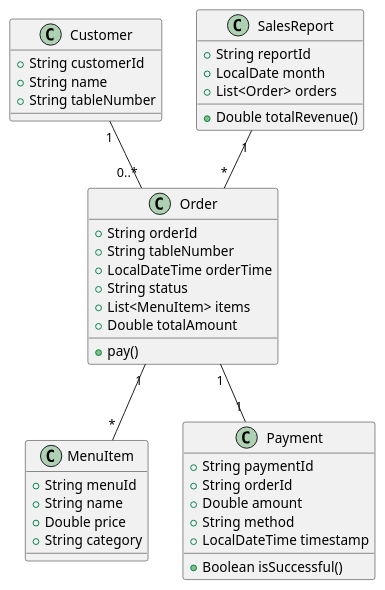
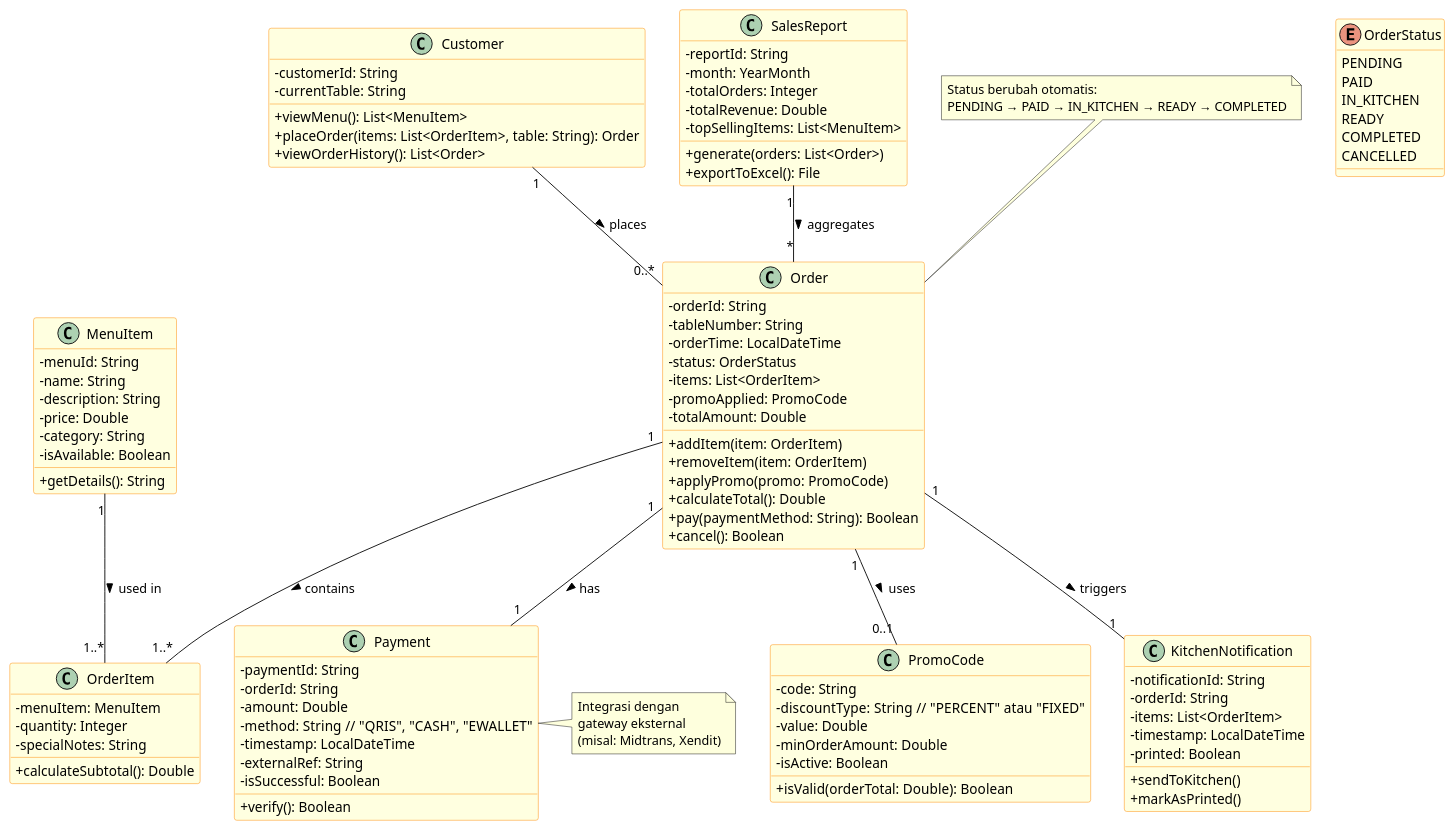
The diagram in classDiagram.puml (NDI05/Kelompok-Ayam-Bali), drawn with PlantUML before and after one commit. The commit also changed 1 other file, not shown here.

```diff
--- a/classDiagram.puml
+++ b/classDiagram.puml
@@ -1,46 +1,119 @@
 @startuml
+' Gaya tampilan
+skinparam classAttributeIconSize 0
+skinparam class {
+  BackgroundColor LightYellow
+  BorderColor DarkOrange
+}
+
 class Customer {
-  +String customerId
-  +String name
-  +String tableNumber
+  - customerId: String
+  - currentTable: String
+  + viewMenu(): List<MenuItem>
+  + placeOrder(items: List<OrderItem>, table: String): Order
+  + viewOrderHistory(): List<Order>
 }
 
 class MenuItem {
-  +String menuId
-  +String name
-  +Double price
-  +String category
+  - menuId: String
+  - name: String
+  - description: String
+  - price: Double
+  - category: String
+  - isAvailable: Boolean
+  + getDetails(): String
+}
+
+class OrderItem {
+  - menuItem: MenuItem
+  - quantity: Integer
+  - specialNotes: String
+  + calculateSubtotal(): Double
 }
 
 class Order {
-  +String orderId
-  +String tableNumber
-  +LocalDateTime orderTime
-  +String status
-  +List<MenuItem> items
-  +Double totalAmount
-  +pay()
+  - orderId: String
+  - tableNumber: String
+  - orderTime: LocalDateTime
+  - status: OrderStatus
+  - items: List<OrderItem>
+  - promoApplied: PromoCode
+  - totalAmount: Double
+  + addItem(item: OrderItem)
+  + removeItem(item: OrderItem)
+  + applyPromo(promo: PromoCode)
+  + calculateTotal(): Double
+  + pay(paymentMethod: String): Boolean
+  + cancel(): Boolean
+}
+
+enum OrderStatus {
+  PENDING
+  PAID
+  IN_KITCHEN
+  READY
+  COMPLETED
+  CANCELLED
+}
+
+class PromoCode {
+  - code: String
+  - discountType: String  // "PERCENT" atau "FIXED"
+  - value: Double
+  - minOrderAmount: Double
+  - isActive: Boolean
+  + isValid(orderTotal: Double): Boolean
 }
 
 class Payment {
-  +String paymentId
-  +String orderId
-  +Double amount
-  +String method
-  +LocalDateTime timestamp
-  +Boolean isSuccessful()
+  - paymentId: String
+  - orderId: String
+  - amount: Double
+  - method: String  // "QRIS", "CASH", "EWALLET"
+  - timestamp: LocalDateTime
+  - externalRef: String
+  - isSuccessful: Boolean
+  + verify(): Boolean
+}
+
+class KitchenNotification {
+  - notificationId: String
+  - orderId: String
+  - items: List<OrderItem>
+  - timestamp: LocalDateTime
+  - printed: Boolean
+  + sendToKitchen()
+  + markAsPrinted()
 }
 
 class SalesReport {
-  +String reportId
-  +LocalDate month
-  +List<Order> orders
-  +Double totalRevenue()
+  - reportId: String
+  - month: YearMonth
+  - totalOrders: Integer
+  - totalRevenue: Double
+  - topSellingItems: List<MenuItem>
+  + generate(orders: List<Order>)
+  + exportToExcel(): File
 }
 
-' Relasi
-Customer "1" -- "0..*" Order
-Order "1" -- "1" Payment
-Order "1" -- "*" MenuItem
-SalesReport "1" -- "*" Order
+' --- Relasi ---
+Customer "1" -- "0..*" Order : places >
+Order "1" -- "1..*" OrderItem : contains >
+Order "1" -- "0..1" PromoCode : uses >
+Order "1" -- "1" Payment : has >
+MenuItem "1" -- "1..*" OrderItem : used in >
+Order "1" -- "1" KitchenNotification : triggers >
+SalesReport "1" -- "*" Order : aggregates >
+
+' Catatan
+note top of Order
+  Status berubah otomatis:
+  PENDING → PAID → IN_KITCHEN → READY → COMPLETED
+end note
+
+note right of Payment
+  Integrasi dengan
+  gateway eksternal
+  (misal: Midtrans, Xendit)
+end note
 @enduml
```
